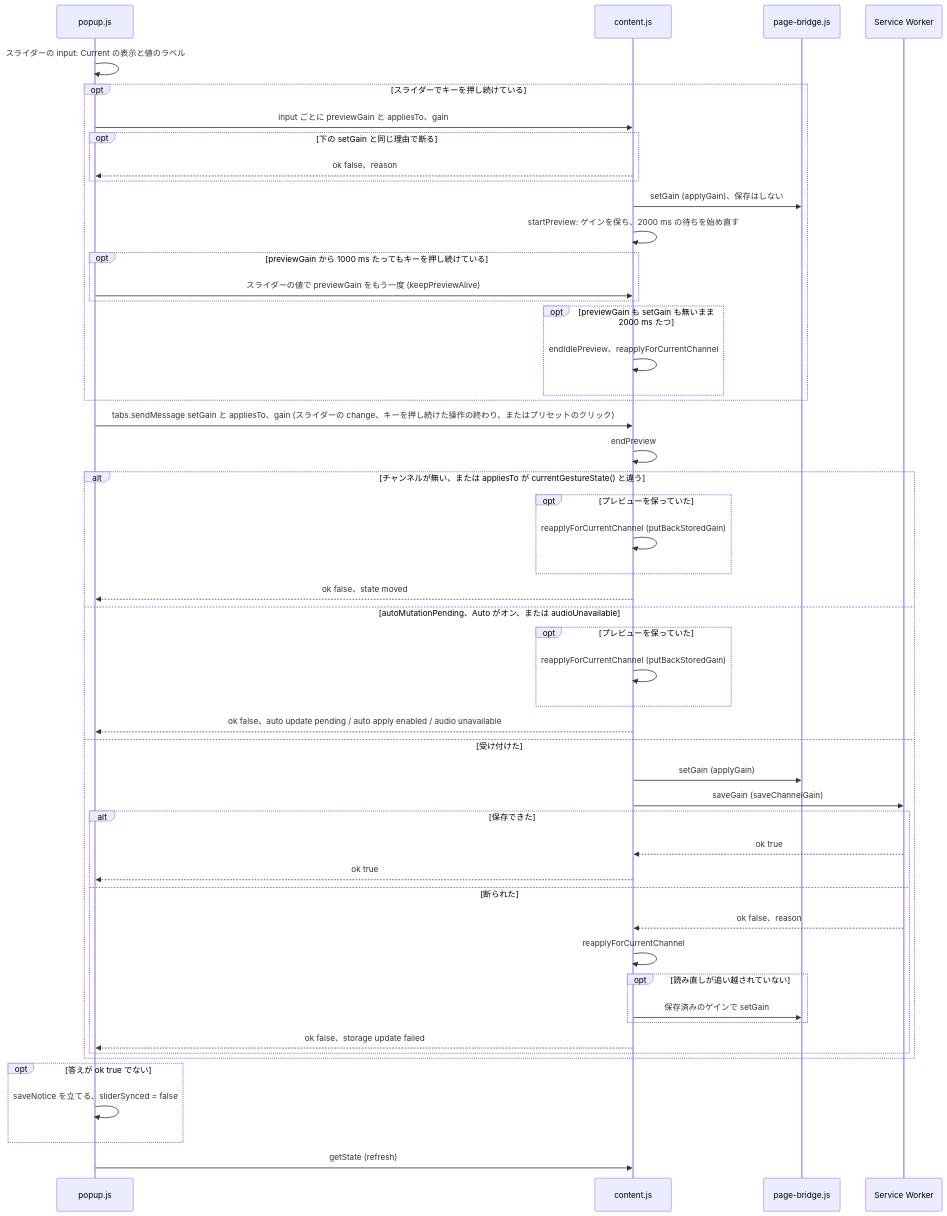
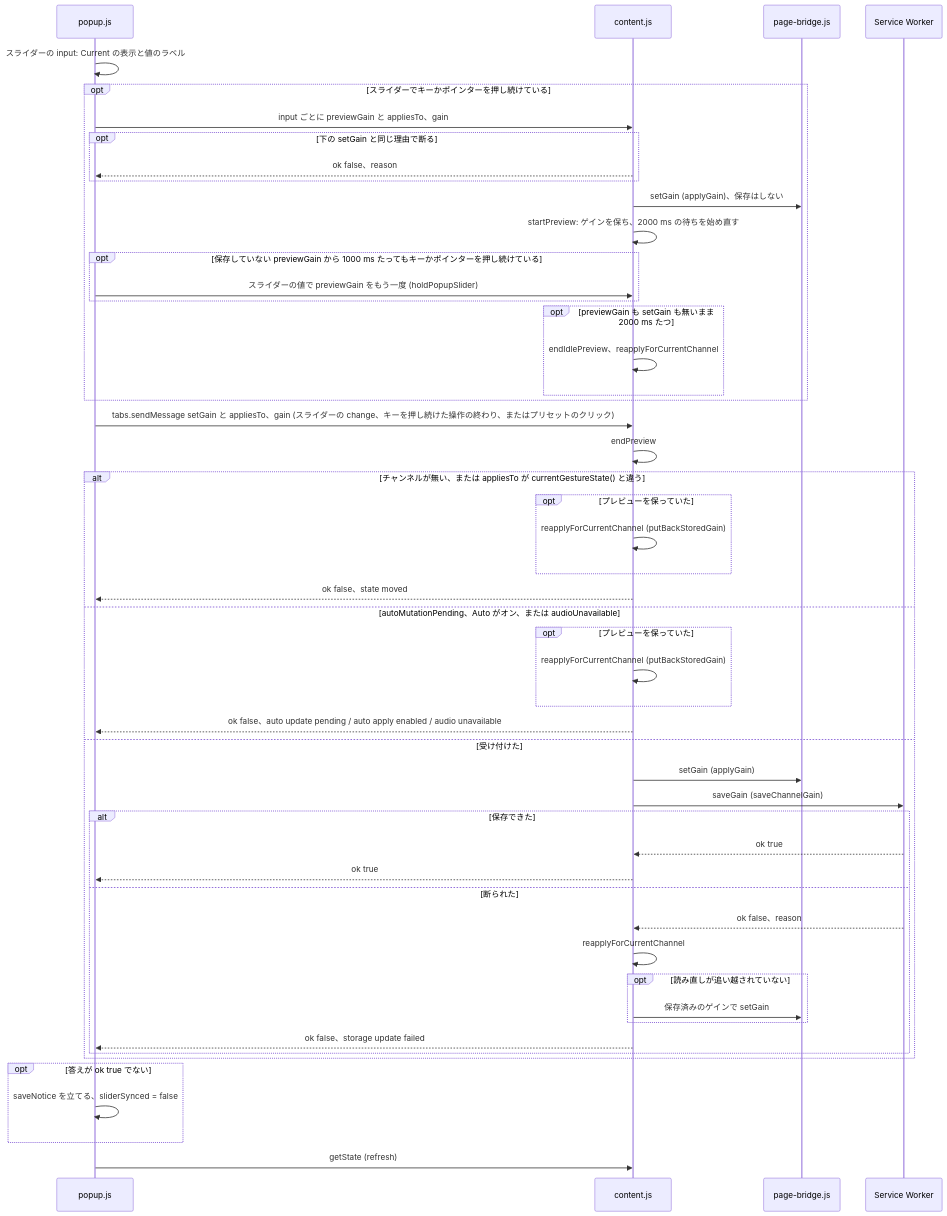
The sixth of 17 diagrams in docs/gain-change-and-save.ja.md (semnil/twitch-channel-volume), drawn with Mermaid before and after one commit. The commit also changed other lines of this file and 7 other files, not shown here.

Commit message:
fix: take the popup slider's gesture from core/common.js, heard during a drag as during a key hold

````diff
--- a/docs/gain-change-and-save.ja.md
+++ b/docs/gain-change-and-save.ja.md
@@ -260,53 +260,53 @@
 ```mermaid
 sequenceDiagram
   participant popup as popup.js
   participant content as content.js
   participant bridge as page-bridge.js
   participant sw as Service Worker
   popup->>popup: スライダーの input: Current の表示と値のラベル
-  opt スライダーでキーを押し続けている
+  opt スライダーでキーかポインターを押し続けている
     popup->>content: input ごとに previewGain と appliesTo、gain
     opt 下の setGain と同じ理由で断る
       content-->>popup: ok false、reason
     end
     content->>bridge: setGain (applyGain)、保存はしない
     content->>content: startPreview: ゲインを保ち、2000 ms の待ちを始め直す
-    opt previewGain から 1000 ms たってもキーを押し続けている
-      popup->>content: スライダーの値で previewGain をもう一度 (keepPreviewAlive)
+    opt 保存していない previewGain から 1000 ms たってもキーかポインターを押し続けている
+      popup->>content: スライダーの値で previewGain をもう一度 (holdPopupSlider)
     end
     opt previewGain も setGain も無いまま 2000 ms たつ
       content->>content: endIdlePreview、reapplyForCurrentChannel
     end
   end
   popup->>content: tabs.sendMessage setGain と appliesTo、gain (スライダーの change、キーを押し続けた操作の終わり、またはプリセットのクリック)
   content->>content: endPreview
   alt チャンネルが無い、または appliesTo が currentGestureState() と違う
     opt プレビューを保っていた
       content->>content: reapplyForCurrentChannel (putBackStoredGain)
     end
     content-->>popup: ok false、state moved
   else autoMutationPending、Auto がオン、または audioUnavailable
     opt プレビューを保っていた
       content->>content: reapplyForCurrentChannel (putBackStoredGain)
     end
     content-->>popup: ok false、auto update pending / auto apply enabled / audio unavailable
   else 受け付けた
     content->>bridge: setGain (applyGain)
     content->>sw: saveGain (saveChannelGain)
     alt 保存できた
       sw-->>content: ok true
       content-->>popup: ok true
     else 断られた
       sw-->>content: ok false、reason
       content->>content: reapplyForCurrentChannel
       opt 読み直しが追い越されていない
         content->>bridge: 保存済みのゲインで setGain
       end
       content-->>popup: ok false、storage update failed
     end
   end
   opt 答えが ok true でない
     popup->>popup: saveNotice を立てる、sliderSynced = false
   end
   popup->>content: getState (refresh)
 ```
````
